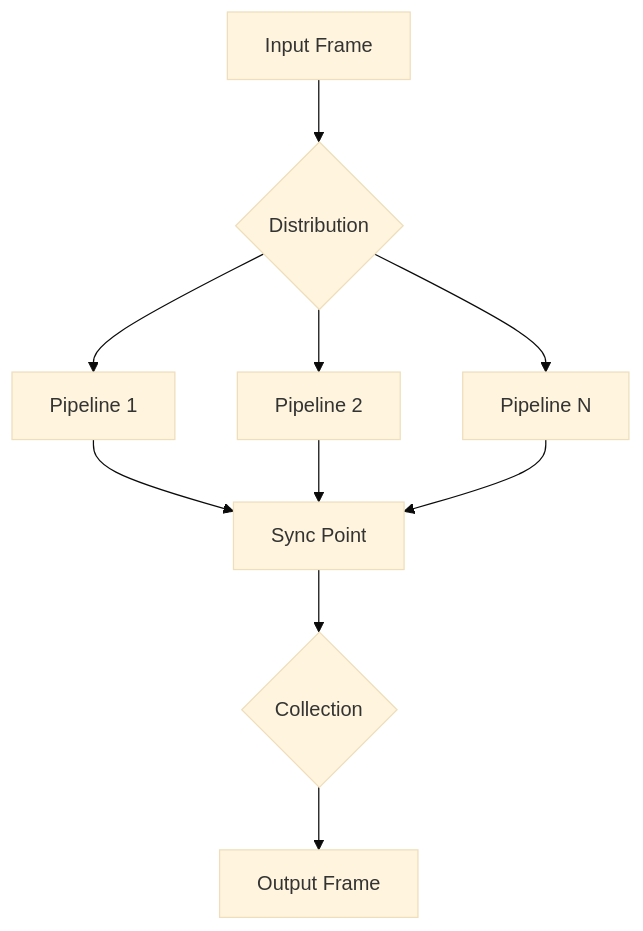
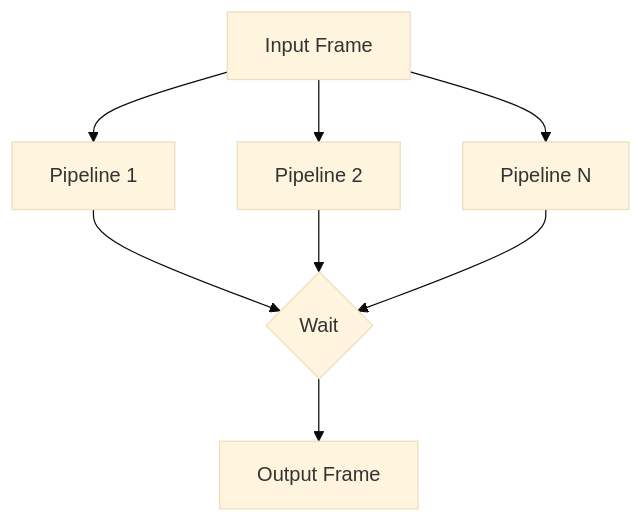
The diagram in api-reference/pipelines/sync-parallel-pipeline.mdx (pipecat-ai/docs), drawn with Mermaid (base theme) before and after one commit. The commit also changed 13 other files, not shown here.

````diff
--- a/api-reference/pipelines/sync-parallel-pipeline.mdx
+++ b/api-reference/pipelines/sync-parallel-pipeline.mdx
@@ -58,12 +58,7 @@
 ```mermaid
 graph TD
-    A[Input Frame] --> B{Distribution}
-    B --> C[Pipeline 1]
-    B --> D[Pipeline 2]
-    B --> E[Pipeline N]
-    C --> F[Sync Point]
-    D --> F
-    E --> F
-    F --> G{Collection}
-    G --> H[Output Frame]
+    A[Input Frame] --> B[Pipeline 1]   --> E{Wait}
+    A[Input Frame] --> C[Pipeline 2]   --> E{Wait}
+    A[Input Frame] --> D[Pipeline N]   --> E{Wait}
+    E --> F[Output Frame]
 ```
````
